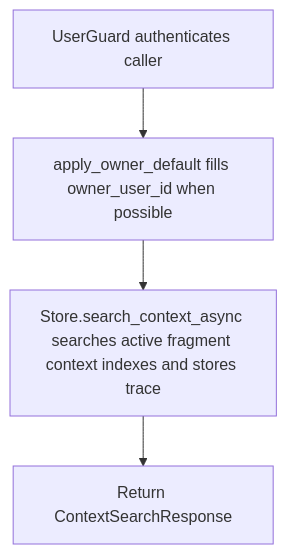
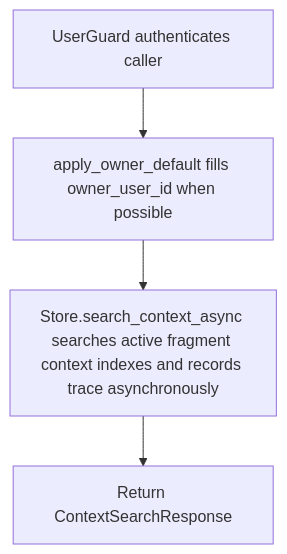
The diagram in doc/api/post_v1_context_search.md (dickwu/nowledge), drawn with Mermaid before and after one commit. The commit also changed other lines of this file and 13 other files, not shown here.

First line of the commit message:
fix(store): move traces off the mutation path, batch task waits, add trace retention (H1, H2, H3)

````diff
--- a/doc/api/post_v1_context_search.md
+++ b/doc/api/post_v1_context_search.md
@@ -137,10 +142,10 @@
 ```mermaid
 flowchart TD
   n0["UserGuard authenticates caller"]
   n1["apply_owner_default fills owner_user_id when possible"]
-  n2["Store.search_context_async searches active fragment context indexes and stores trace"]
+  n2["Store.search_context_async searches active fragment context indexes and records trace asynchronously"]
   n3["Return ContextSearchResponse"]
   n0 --> n1
   n1 --> n2
   n2 --> n3
 ```
````
